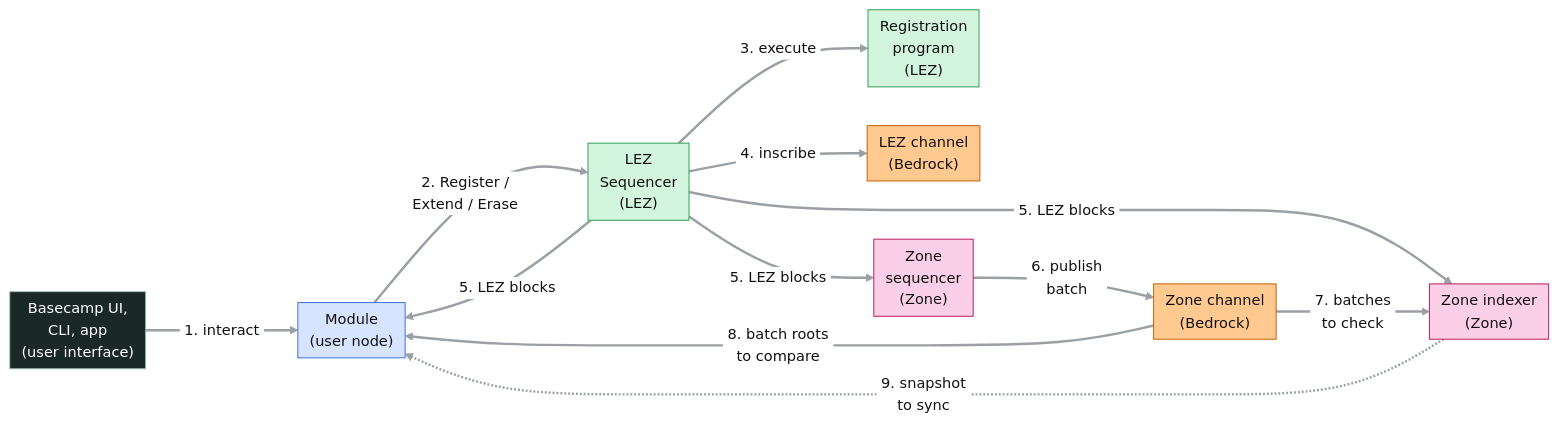
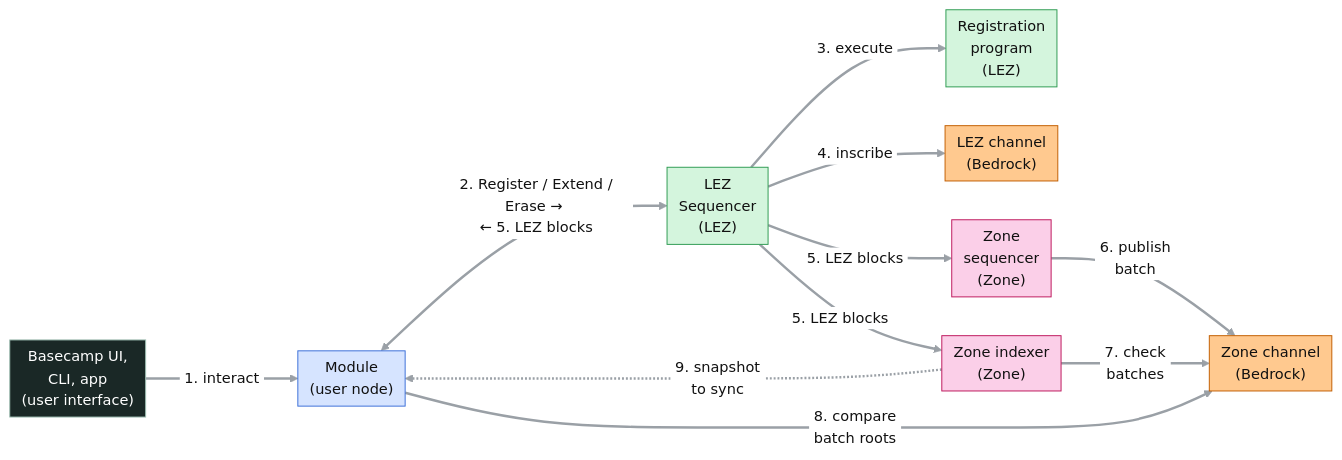
One commit to logos-co/logos-rln-membership-zone changed the first of 5 diagrams in docs/rfc-rln-membership-zone.md. Above: the diagram before and after it, drawn with Mermaid. The commit also changed other lines of this file, not shown here.

Commit message:
docs: improve flow diagram arrows on GitHub's mermaid

````diff
--- a/docs/rfc-rln-membership-zone.md
+++ b/docs/rfc-rln-membership-zone.md
@@ -167,27 +167,26 @@
 ```mermaid
 %%{init: {"theme": "base", "flowchart": {"curve": "basis", "nodeSpacing": 40, "rankSpacing": 70, "padding": 6}, "themeVariables": {"lineColor": "#9aa0a6", "primaryTextColor": "#111111", "edgeLabelBackground": "#ffffff", "fontSize": "15px"}, "themeCSS": "marker { overflow: visible; } .arrowMarkerPath { transform: scale(1.7); transform-origin: 5px 5px; } .edgeLabel, .edgeLabel p, .edgeLabel span { font-size: 12px; line-height: 1.2; }"}}%%
 flowchart LR
     APP["Basecamp UI,<br/>CLI, app<br/>(user interface)"] -->|"#nbsp;1. interact#nbsp;"| MOD["Module<br/>(user node)"]
-    MOD -->|"#nbsp;2. Register /#nbsp;<br/>#nbsp;Extend / Erase#nbsp;"| LSEQ["LEZ<br/>Sequencer<br/>(LEZ)"]
+    MOD <-->|"#nbsp;2. Register / Extend / Erase →#nbsp;<br/>#nbsp;← 5. LEZ blocks#nbsp;"| LSEQ["LEZ<br/>Sequencer<br/>(LEZ)"]
     LSEQ -->|"#nbsp;3. execute#nbsp;"| PROG["Registration<br/>program<br/>(LEZ)"]
     LSEQ -->|"#nbsp;4. inscribe#nbsp;"| LCH["LEZ channel<br/>(Bedrock)"]
     LSEQ -->|"#nbsp;5. LEZ blocks#nbsp;"| ZSEQ["Zone<br/>sequencer<br/>(Zone)"]
-    LSEQ -->|"#nbsp;5. LEZ blocks#nbsp;"| MOD
     LSEQ -->|"#nbsp;5. LEZ blocks#nbsp;"| IDX["Zone indexer<br/>(Zone)"]
     ZSEQ -->|"#nbsp;6. publish#nbsp;<br/>#nbsp;batch#nbsp;"| ZCH["Zone channel<br/>(Bedrock)"]
-    ZCH -->|"#nbsp;7. batches#nbsp;<br/>#nbsp;to check#nbsp;"| IDX
-    ZCH -->|"#nbsp;8. batch roots#nbsp;<br/>#nbsp;to compare#nbsp;"| MOD
+    IDX -->|"#nbsp;7. check#nbsp;<br/>#nbsp;batches#nbsp;"| ZCH
+    MOD -->|"#nbsp;8. compare#nbsp;<br/>#nbsp;batch roots#nbsp;"| ZCH
     IDX -.->|"#nbsp;9. snapshot#nbsp;<br/>#nbsp;to sync#nbsp;"| MOD
     linkStyle default stroke-width:2.5px
 
     classDef ui fill:#1a2826,stroke:#9fbfb3,color:#ffffff
     classDef user fill:#d6e4ff,stroke:#3b6fd8,color:#111111
     classDef lez fill:#d4f5dd,stroke:#2e9b52,color:#111111
     classDef l1 fill:#ffc98f,stroke:#c25e00,color:#111111
     classDef zone fill:#fbcfe8,stroke:#be185d,color:#111111
     class APP ui
     class MOD user
     class LSEQ,PROG lez
     class LCH,ZCH l1
     class ZSEQ,IDX zone
 ```
````
